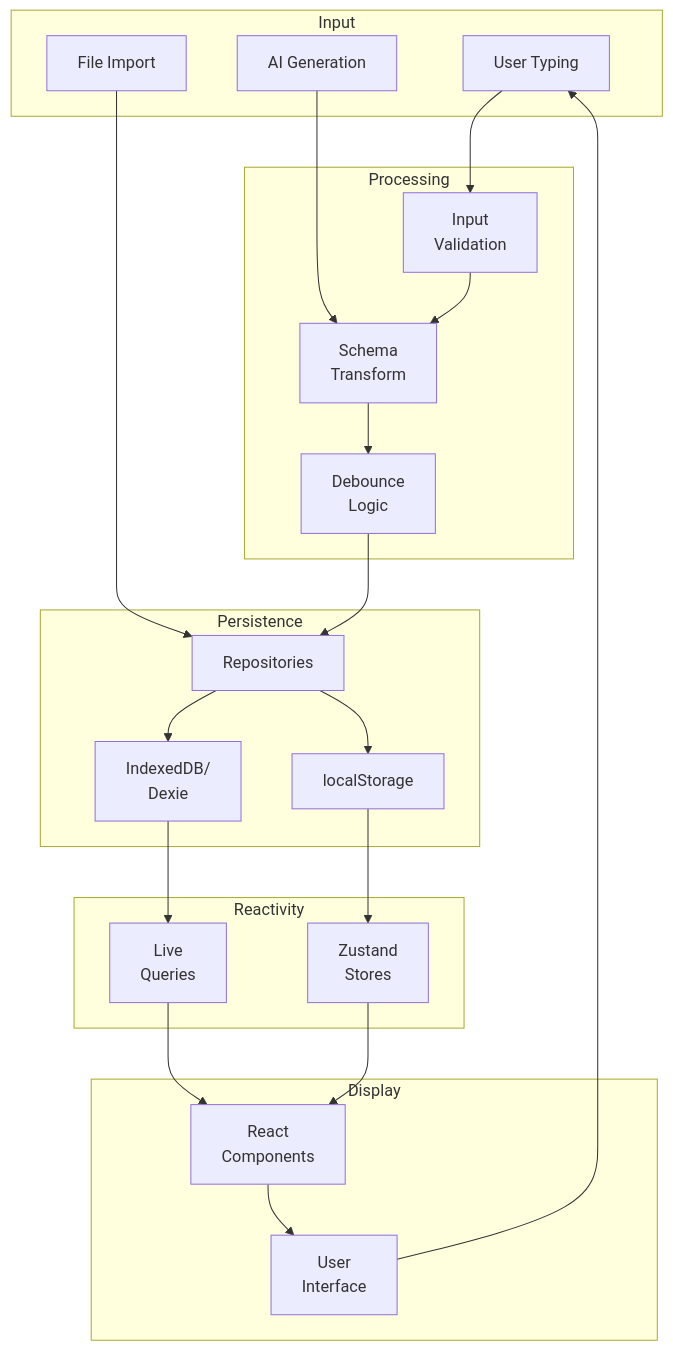
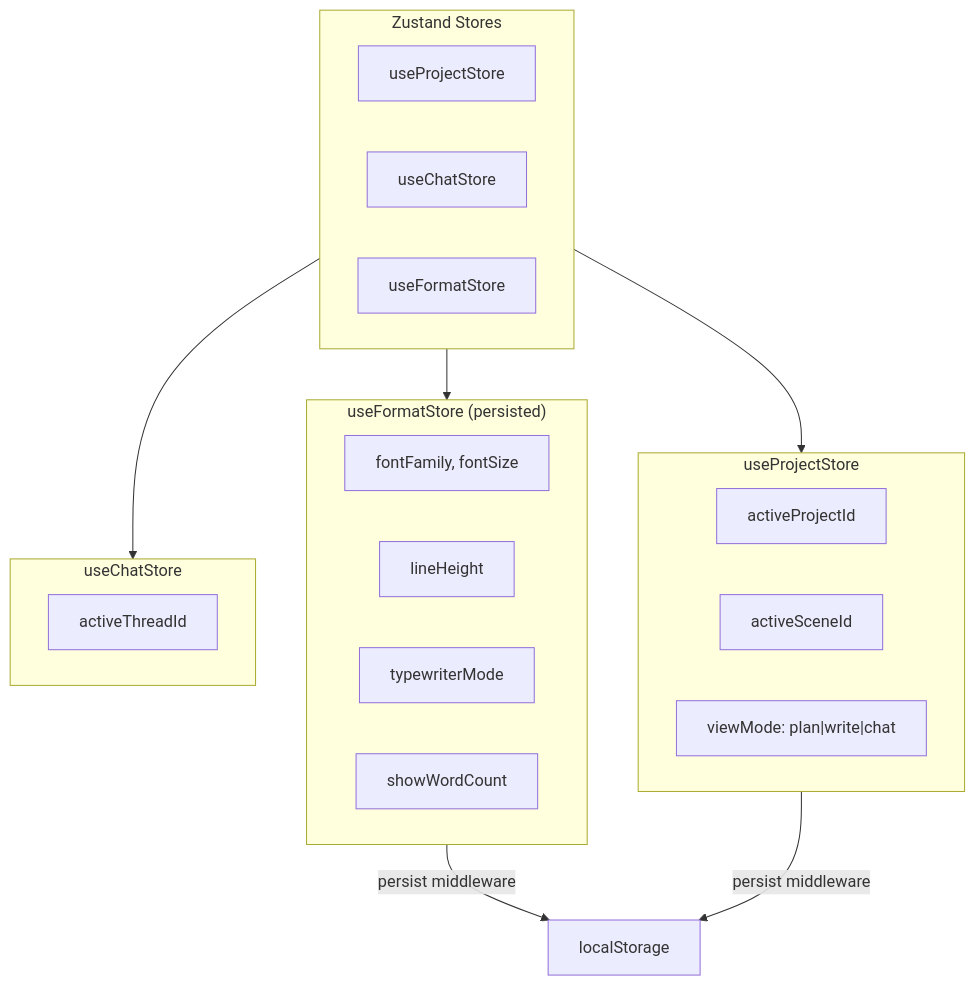
Before and after one commit to Sai-Roopesh/becomeAnAuthor: diagram 17 of 22 in docs/architecture_doc.md, drawn with Mermaid. The commit also changed other lines of this file and 42 other files, not shown here.

Commit message:
feat: introduce core domain entities, implement AI chat and codex entity editor components, and add various utility services

````diff
--- a/docs/architecture_doc.md
+++ b/docs/architecture_doc.md
@@ -498,49 +869,32 @@
 ```mermaid
 flowchart TB
-    subgraph Input
-        UserTyping["User Typing"]
-        AIGen["AI Generation"]
-        Import["File Import"]
+    subgraph Stores["Zustand Stores"]
+        Project["useProjectStore"]
+        Chat["useChatStore"]
+        Format["useFormatStore"]
     end
-    
-    subgraph Processing
-        Validation["Input<br/>Validation"]
-        Transform["Schema<br/>Transform"]
-        Debounce["Debounce<br/>Logic"]
+
+    subgraph ProjectStore["useProjectStore"]
+        ActiveProject["activeProjectId"]
+        ActiveScene["activeSceneId"]
+        ViewMode["viewMode: plan|write|chat"]
     end
-    
-    subgraph Persistence
-        Repos["Repositories"]
-        DB["IndexedDB/<br/>Dexie"]
-        LS["localStorage"]
+
+    subgraph FormatStore["useFormatStore (persisted)"]
+        Font["fontFamily, fontSize"]
+        Line["lineHeight"]
+        TypeWriter["typewriterMode"]
+        WordCount["showWordCount"]
     end
-    
-    subgraph Reactivity
-        LiveQueries["Live<br/>Queries"]
-        Zustand["Zustand<br/>Stores"]
+
+    subgraph ChatStore["useChatStore"]
+        ActiveThread["activeThreadId"]
     end
-    
-    subgraph Display
-        Components["React<br/>Components"]
-        UI["User<br/>Interface"]
-    end
-    
-    UserTyping --> Validation
-    AIGen --> Transform
-    Import --> Repos
-    
-    Validation --> Transform
-    Transform --> Debounce
-    Debounce --> Repos
-    
-    Repos --> DB
-    Repos --> LS
-    
-    DB --> LiveQueries
-    LS --> Zustand
-    
-    LiveQueries --> Components
-    Zustand --> Components
-    Components --> UI
-    UI --> UserTyping
+
+    Stores --> ProjectStore
+    Stores --> FormatStore
+    Stores --> ChatStore
+
+    FormatStore -->|"persist middleware"| LS["localStorage"]
+    ProjectStore -->|"persist middleware"| LS
 ```
````
